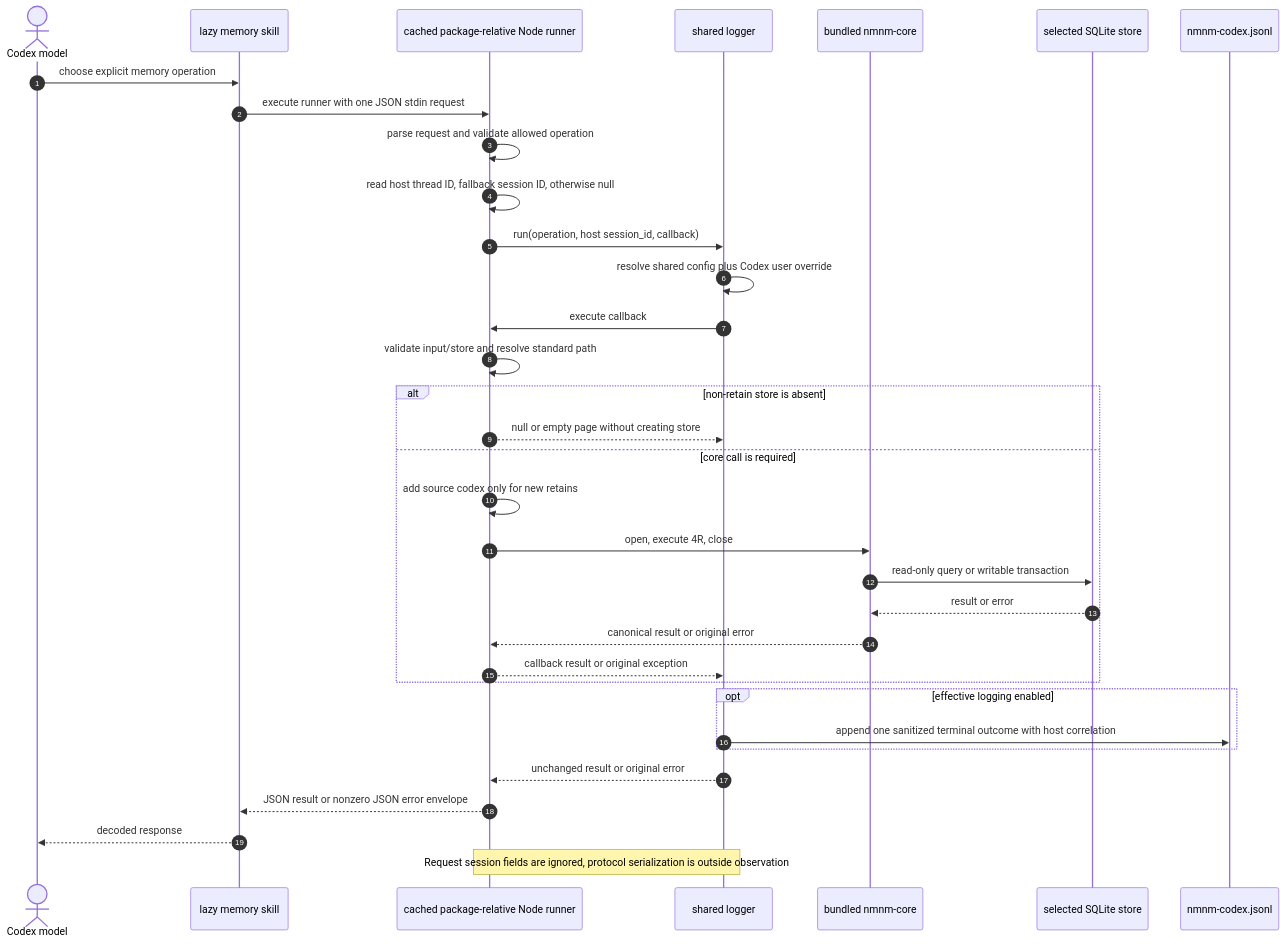
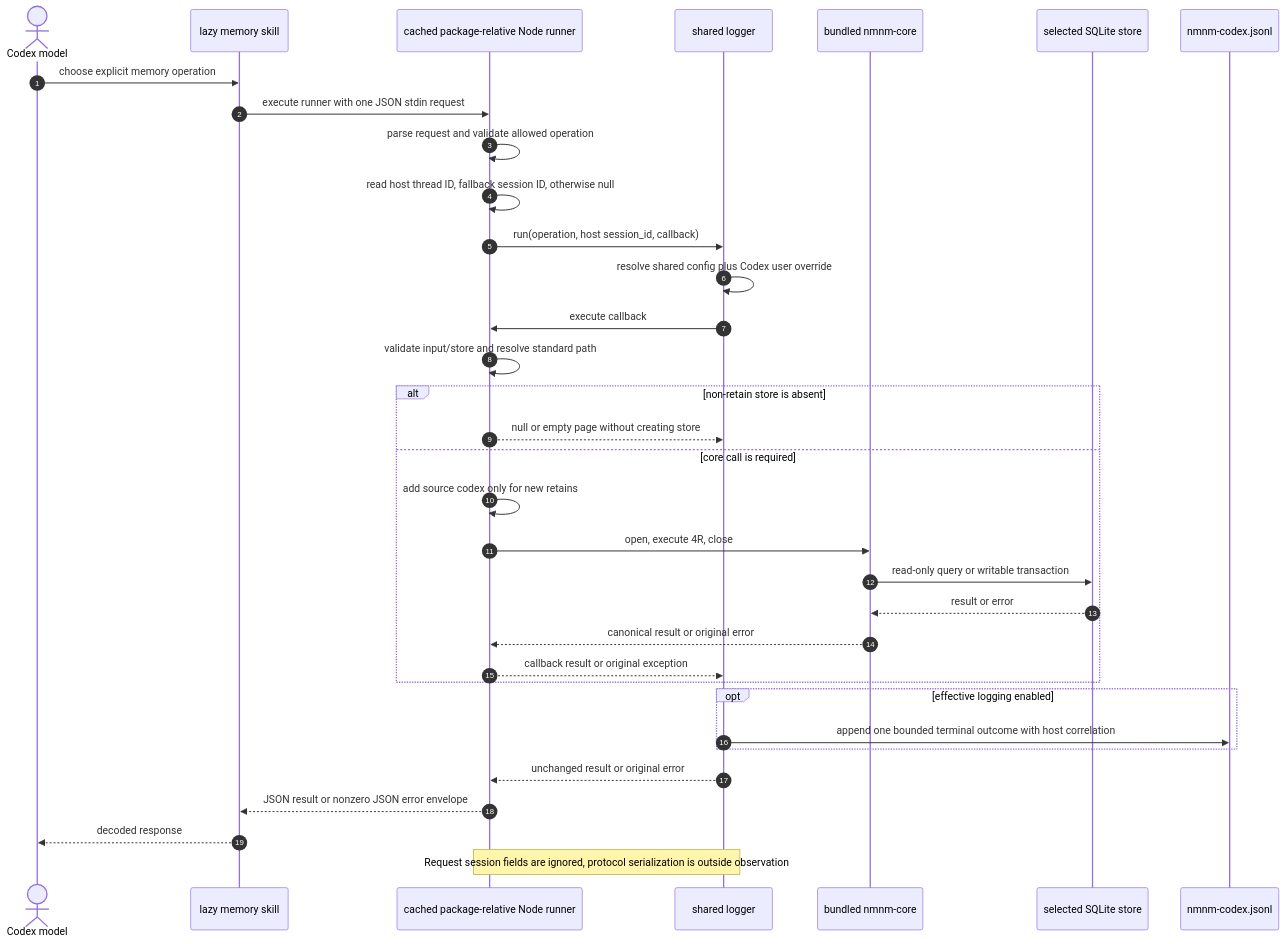
One commit to linellazatin/nanomneme changed the seventh of 7 diagrams in docs/SEQUENCE_MEMORY_HANDLING.md. Above: the diagram before and after it, drawn with Mermaid. The commit also changed other lines of this file, not shown here.

Commit message:
docs: align memory flow diagrams and observation boundaries

````diff
--- a/docs/SEQUENCE_MEMORY_HANDLING.md
+++ b/docs/SEQUENCE_MEMORY_HANDLING.md
@@ -277,37 +341,37 @@
 ```mermaid
 sequenceDiagram
   autonumber
   actor Model as Codex model
   participant Skill as lazy memory skill
   participant Runner as cached package-relative Node runner
   participant Logger as shared logger
   participant Core as bundled nmnm-core
   participant DB as selected SQLite store
   participant Log as nmnm-codex.jsonl
 
   Model->>Skill: choose explicit memory operation
   Skill->>Runner: execute runner with one JSON stdin request
   Runner->>Runner: parse request and validate allowed operation
   Runner->>Runner: read host thread ID, fallback session ID, otherwise null
   Runner->>Logger: run(operation, host session_id, callback)
   Logger->>Logger: resolve shared config plus Codex user override
   Logger->>Runner: execute callback
   Runner->>Runner: validate input/store and resolve standard path
   alt non-retain store is absent
     Runner-->>Logger: null or empty page without creating store
   else core call is required
     Runner->>Runner: add source codex only for new retains
     Runner->>Core: open, execute 4R, close
     Core->>DB: read-only query or writable transaction
     DB-->>Core: result or error
     Core-->>Runner: canonical result or original error
     Runner-->>Logger: callback result or original exception
   end
   opt effective logging enabled
-    Logger->>Log: append one sanitized terminal outcome with host correlation
+    Logger->>Log: append one bounded terminal outcome with host correlation
   end
   Logger-->>Runner: unchanged result or original error
   Runner-->>Skill: JSON result or nonzero JSON error envelope
   Skill-->>Model: decoded response
   Note over Runner,Logger: Request session fields are ignored, protocol serialization is outside observation
 ```
````
